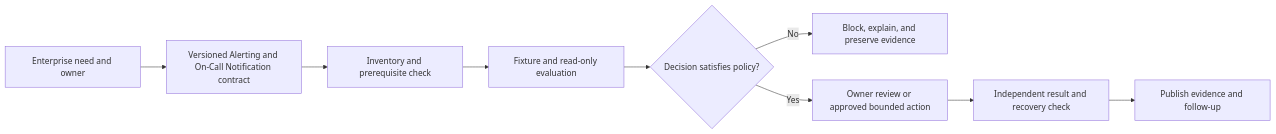
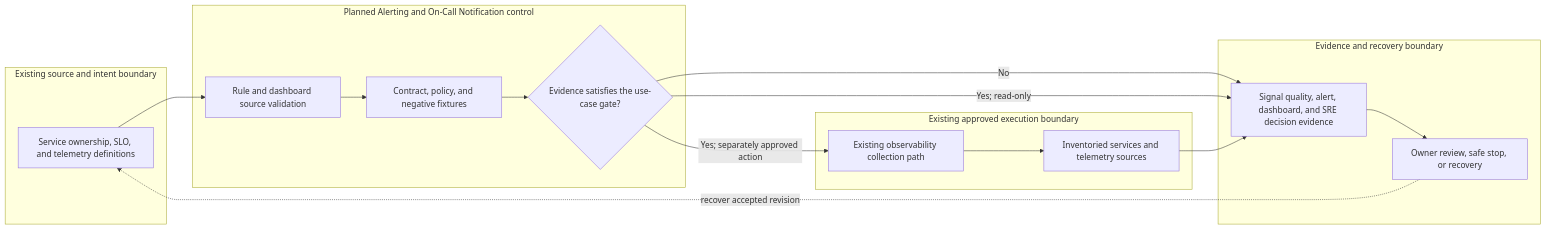
Before and after one commit to MIDHTECH/enterprise-architecture-docs: the diagram in docs/use-cases/observability/UC-OBS-006-alerting-and-on-call-notification.md, drawn with Mermaid. The commit also changed other lines of this file and 227 other files, not shown here.

Commit message:
Deepen architecture for all use case designs

````diff
--- a/docs/use-cases/observability/UC-OBS-006-alerting-and-on-call-notification.md
+++ b/docs/use-cases/observability/UC-OBS-006-alerting-and-on-call-notification.md
@@ -136,11 +129,25 @@
 ```mermaid
 flowchart LR
-    Need["Enterprise need and owner"] --> Contract["Versioned Alerting and On-Call Notification contract"]
-    Contract --> Preflight["Inventory and prerequisite check"]
-    Preflight --> Evaluate["Fixture and read-only evaluation"]
-    Evaluate --> Decision{"Decision satisfies policy?"}
-    Decision -->|No| Stop["Block, explain, and preserve evidence"]
-    Decision -->|Yes| Review["Owner review or approved bounded action"]
-    Review --> Verify["Independent result and recovery check"]
-    Verify --> Publish["Publish evidence and follow-up"]
+    subgraph Source["Existing source and intent boundary"]
+        A["Service ownership, SLO, and telemetry definitions"]
+    end
+    subgraph Planned["Planned Alerting and On-Call Notification control"]
+        B["Rule and dashboard source validation"]
+        C["Contract, policy, and negative fixtures"]
+        D{"Evidence satisfies the use-case gate?"}
+    end
+    subgraph Runtime["Existing approved execution boundary"]
+        E["Existing observability collection path"]
+        F["Inventoried services and telemetry sources"]
+    end
+    subgraph Assurance["Evidence and recovery boundary"]
+        G["Signal quality, alert, dashboard, and SRE decision evidence"]
+        H["Owner review, safe stop, or recovery"]
+    end
+
+    A --> B --> C --> D
+    D -->|No| G --> H
+    D -->|Yes; read-only| G
+    D -->|Yes; separately approved action| E --> F --> G
+    H -. recover accepted revision .-> A
 ```
````
